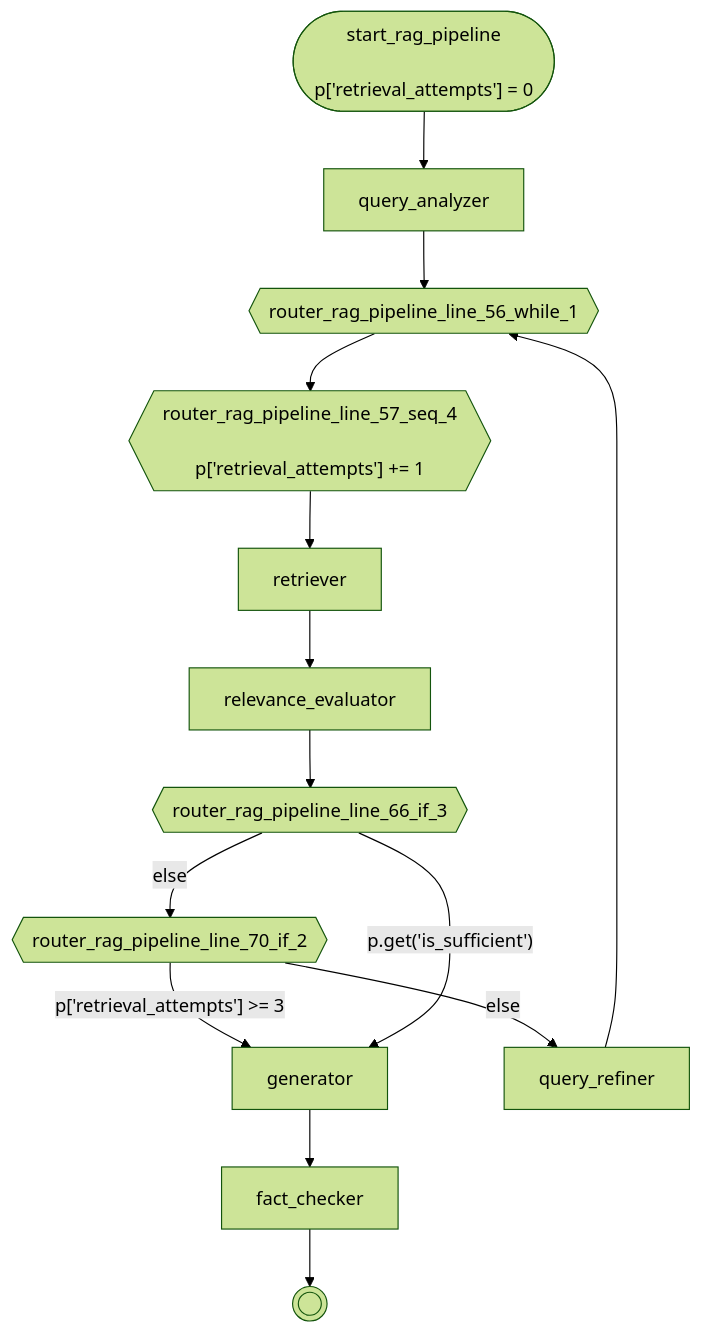
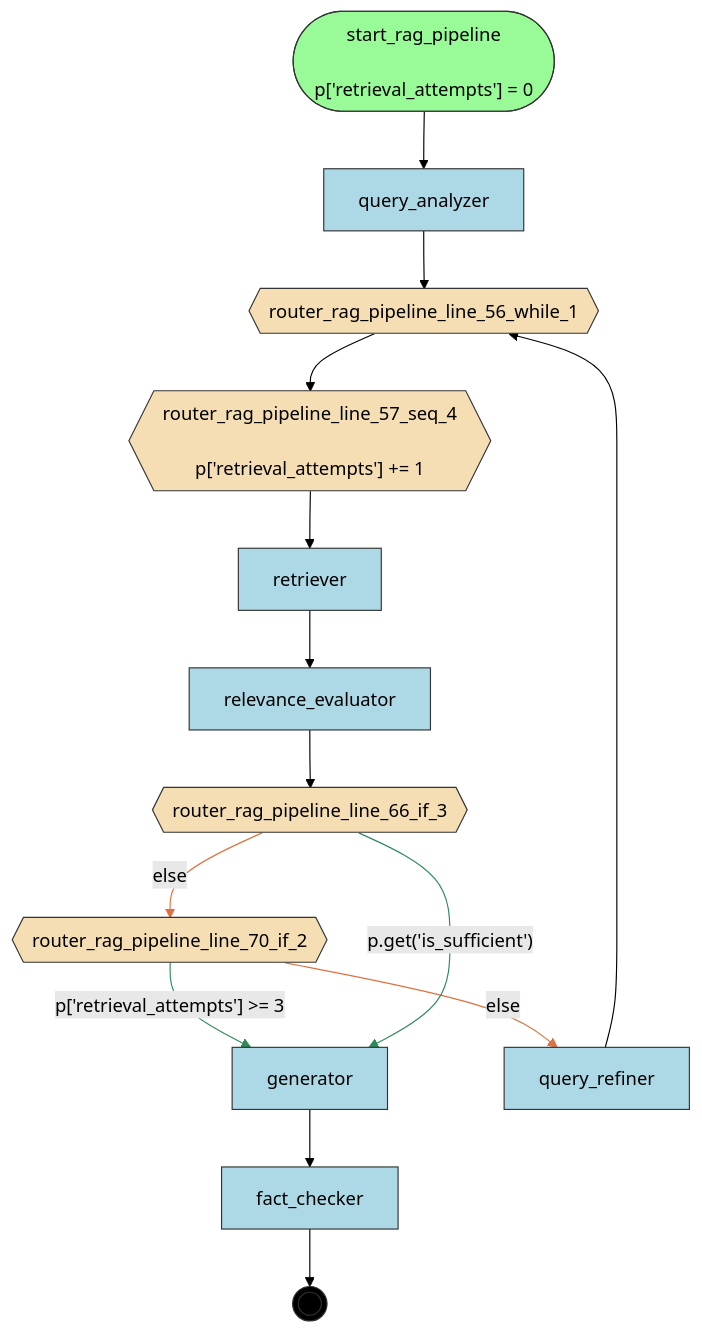
Before and after one commit to deliveryhero/asya: the diagram in examples/flows/agentic/compiled/rag_pipeline/flow.mmd, drawn with Mermaid (forest theme). The commit also changed 99 other files, not shown here.

Commit message:
colors-in-mermaid

```diff
--- a/examples/flows/agentic/compiled/rag_pipeline/flow.mmd
+++ b/examples/flows/agentic/compiled/rag_pipeline/flow.mmd
@@ -1,29 +1,40 @@
 flowchart TD
     %% Flow: rag_pipeline
 
     fact_checker[fact_checker]
     generator[generator]
     query_analyzer[query_analyzer]
     query_refiner[query_refiner]
     relevance_evaluator[relevance_evaluator]
     retriever[retriever]
     router_rag_pipeline_line_56_while_1{{router_rag_pipeline_line_56_while_1}}
     router_rag_pipeline_line_57_seq_4{{"router_rag_pipeline_line_57_seq_4<br/><br/>p['retrieval_attempts'] += 1"}}
     router_rag_pipeline_line_66_if_3{{router_rag_pipeline_line_66_if_3}}
     router_rag_pipeline_line_70_if_2{{router_rag_pipeline_line_70_if_2}}
     start_rag_pipeline(["start_rag_pipeline<br/><br/>p['retrieval_attempts'] = 0"])
     __end__((( )))
 
     start_rag_pipeline --> query_analyzer
     query_analyzer --> router_rag_pipeline_line_56_while_1
     router_rag_pipeline_line_70_if_2 -->|"else"| query_refiner
     router_rag_pipeline_line_70_if_2 -->|"p['retrieval_attempts'] >= 3"| generator
     generator --> fact_checker
     router_rag_pipeline_line_66_if_3 -->|"else"| router_rag_pipeline_line_70_if_2
     router_rag_pipeline_line_66_if_3 -->|"p.get('is_sufficient')"| generator
     router_rag_pipeline_line_57_seq_4 --> retriever
     retriever --> relevance_evaluator
     relevance_evaluator --> router_rag_pipeline_line_66_if_3
     router_rag_pipeline_line_56_while_1 --> router_rag_pipeline_line_57_seq_4
     query_refiner --> router_rag_pipeline_line_56_while_1
     fact_checker --> __end__
+
+    classDef entrypoint fill:#98FB98,stroke:#333
+    classDef router fill:#F5DEB3,stroke:#333
+    classDef handler fill:#ADD8E6,stroke:#333
+    classDef endpoint fill:#000,stroke:#333,color:#fff
+    class start_rag_pipeline entrypoint
+    class router_rag_pipeline_line_56_while_1,router_rag_pipeline_line_57_seq_4,router_rag_pipeline_line_66_if_3,router_rag_pipeline_line_70_if_2 router
+    class fact_checker,generator,query_analyzer,query_refiner,relevance_evaluator,retriever handler
+    class __end__ endpoint
+    linkStyle 3,6 stroke:#2E8B57
+    linkStyle 2,5 stroke:#E07040
```
